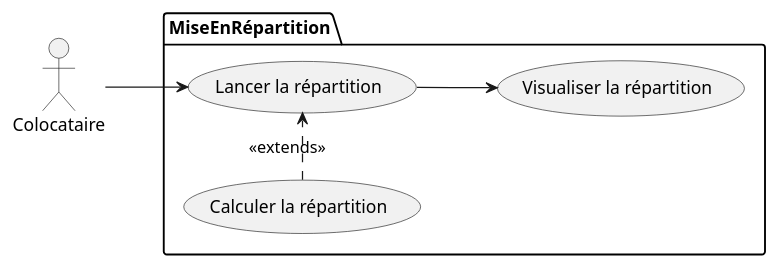
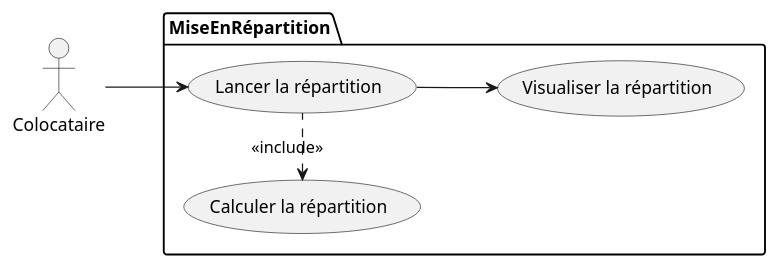
One commit to MihutaMihail/application_crous changed the third of 6 diagrams in README.md. Above: the diagram before and after it, drawn with PlantUML. The commit also changed other lines of this file, not shown here.

````diff
--- a/README.md
+++ b/README.md
@@ -102,16 +105,16 @@
 ```plantuml
 @startuml model1
 scale 1
 left to right direction
 actor Colocataire as c
 
 package MiseEnRépartition{
     usecase "Lancer la répartition" as UC1
     usecase "Visualiser la répartition" as UC2
     usecase "Calculer la répartition" as UC3
 }
 c --> UC1
 UC1 --> UC2
-UC3 .> UC1 : <<extends>>
+UC3 <. UC1 : <<include>>
 @enduml
 ```
````
